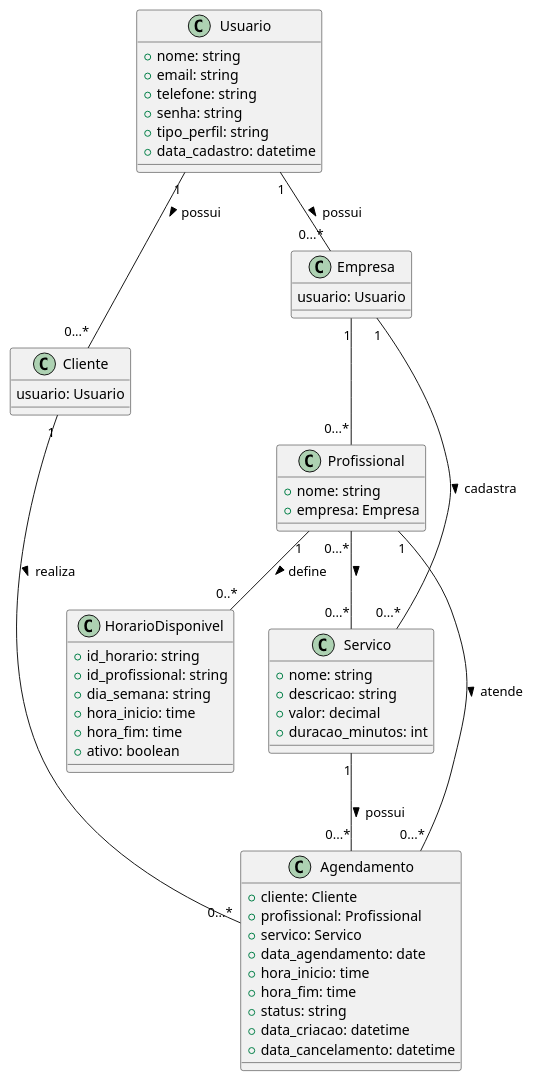
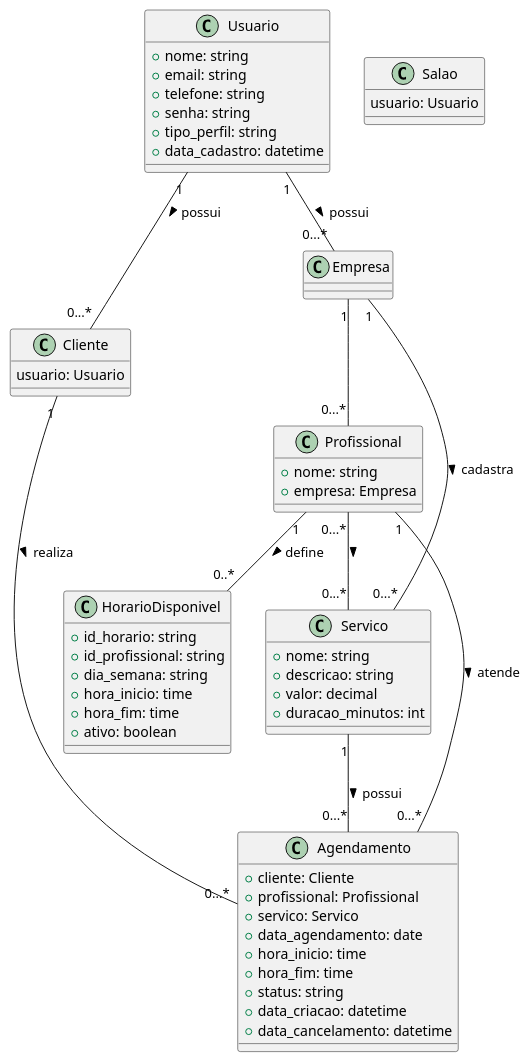
Before and after one commit to lucasxsdw/BarberReserve-api: the diagram in diagrama.puml, drawn with PlantUML. The commit also changed 27 other files, not shown here.

```diff
--- a/diagrama.puml
+++ b/diagrama.puml
@@ -1,62 +1,62 @@
 @startuml
 class Usuario {
     +nome: string
     +email: string
     +telefone: string
     +senha: string
     +tipo_perfil: string
     +data_cadastro: datetime
 }
 
-class Empresa {
+class Salao {
     usuario: Usuario
 }
 
 class Cliente {
     usuario: Usuario
 }
 
 class Profissional {
     +nome: string
     +empresa: Empresa
 }
 
 class Servico {
     +nome: string
     +descricao: string
     +valor: decimal
     +duracao_minutos: int
 }
 
 class HorarioDisponivel {
     +id_horario: string
     +id_profissional: string
     +dia_semana: string
     +hora_inicio: time
     +hora_fim: time
     +ativo: boolean
 }
 
 class Agendamento {
     +cliente: Cliente
     +profissional: Profissional
     +servico: Servico
     +data_agendamento: date
     +hora_inicio: time
     +hora_fim: time
     +status: string
     +data_criacao: datetime
     +data_cancelamento: datetime
 }
 
 ' --- Associações ---
 Usuario "1" -- "0...*" Cliente : possui >
 Usuario "1" -- "0...*" Empresa : possui >
 Empresa "1" -- "0...*" Profissional
 Empresa "1" -- "0...*" Servico : cadastra >
 Profissional "1" -- "0..*" HorarioDisponivel : define >
 Profissional "0...*" -- "0...*" Servico : >
 Profissional "1" -- "0...*" Agendamento : atende >
 Cliente "1" -- "0...*" Agendamento : realiza >
 Servico "1" -- "0...*" Agendamento : possui >
 @enduml
```
